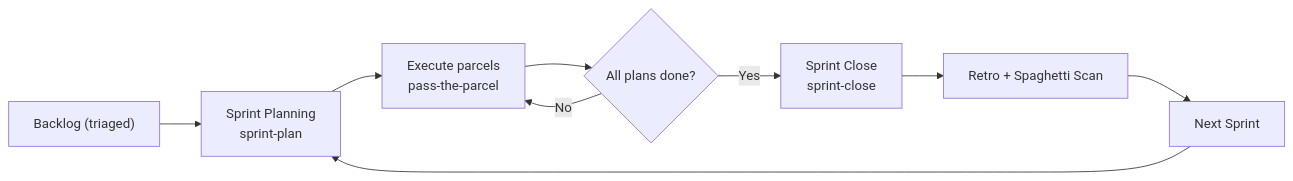
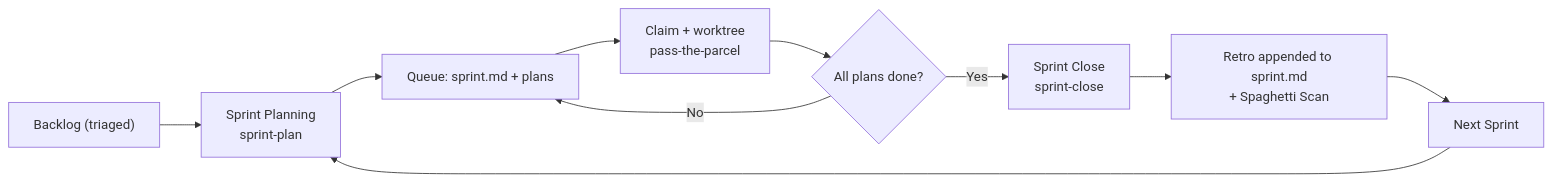
The diagram in .devops/templates/SPRINTS.template.md (CMC-27/pass-the-parcel), drawn with Mermaid before and after one commit. The commit also changed other lines of this file and 46 other files, not shown here.

````diff
--- a/.devops/templates/SPRINTS.template.md
+++ b/.devops/templates/SPRINTS.template.md
@@ -25,11 +28,12 @@
 ```mermaid
 graph LR
     A["Backlog (triaged)"] --> B["Sprint Planning<br/>sprint-plan"]
-    B --> C["Execute parcels<br/>pass-the-parcel"]
-    C --> D{"All plans done?"}
-    D -->|No| C
-    D -->|Yes| E["Sprint Close<br/>sprint-close"]
-    E --> F["Retro + Spaghetti Scan"]
-    F --> G["Next Sprint"]
-    G --> B
+    B --> C["Queue: sprint.md + plans"]
+    C --> D["Claim + worktree<br/>pass-the-parcel"]
+    D --> E{"All plans done?"}
+    E -->|No| C
+    E -->|Yes| F["Sprint Close<br/>sprint-close"]
+    F --> G["Retro appended to sprint.md<br/>+ Spaghetti Scan"]
+    G --> H["Next Sprint"]
+    H --> B
 ```
````
